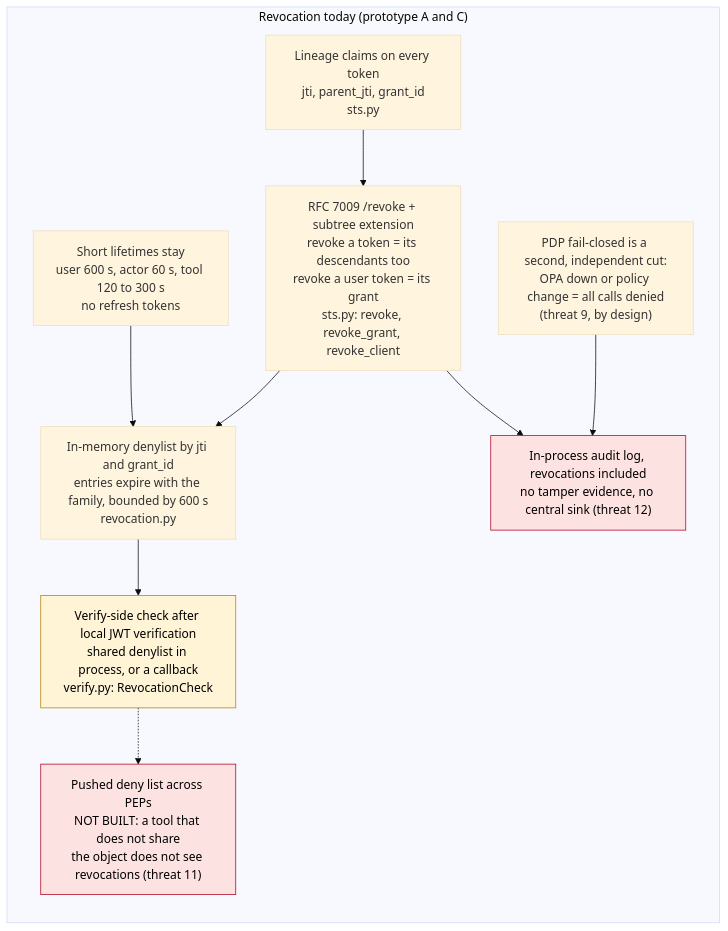
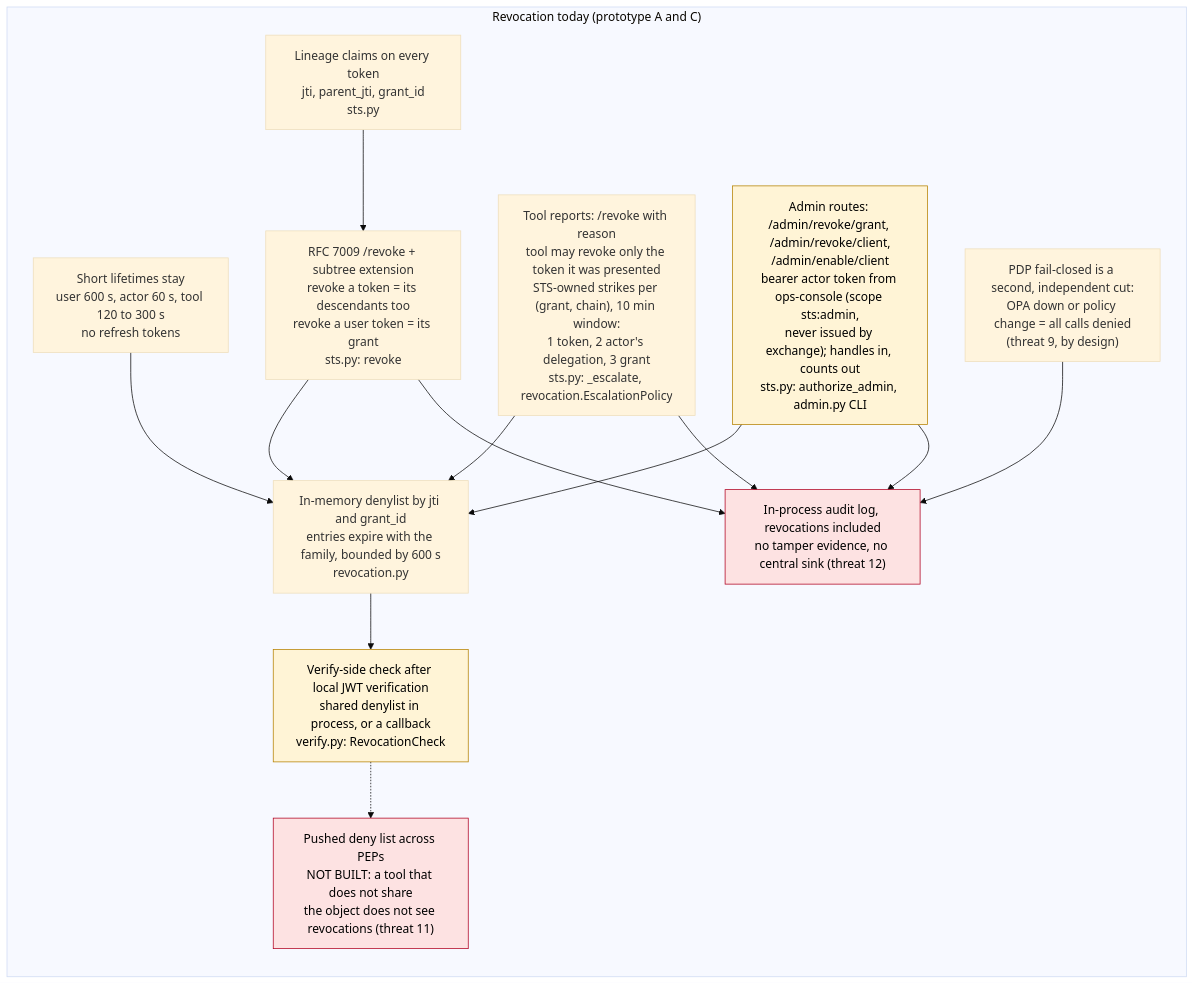
One commit to ianisms/ai-orchestrator changed the fourth of 5 diagrams in security/DIAGRAMS.md. Above: the diagram before and after it, drawn with Mermaid (base theme). The commit also changed other lines of this file and 8 other files, not shown here.

First line of the commit message:
feat(security): tool reports with STS-owned escalation, admin revocation routes

````diff
--- a/security/DIAGRAMS.md
+++ b/security/DIAGRAMS.md
@@ -180,22 +180,28 @@
 ```mermaid
 flowchart LR
     subgraph Today["Revocation today (prototype A and C)"]
         TTL["Short lifetimes stay<br/>user 600 s, actor 60 s, tool 120 to 300 s<br/>no refresh tokens"]
         LIN["Lineage claims on every token<br/>jti, parent_jti, grant_id<br/>sts.py"]
-        REV["RFC 7009 /revoke + subtree extension<br/>revoke a token = its descendants too<br/>revoke a user token = its grant<br/>sts.py: revoke, revoke_grant, revoke_client"]
+        REV["RFC 7009 /revoke + subtree extension<br/>revoke a token = its descendants too<br/>revoke a user token = its grant<br/>sts.py: revoke"]
+        RPT["Tool reports: /revoke with reason<br/>tool may revoke only the token it was presented<br/>STS-owned strikes per (grant, chain), 10 min window:<br/>1 token, 2 actor's delegation, 3 grant<br/>sts.py: _escalate, revocation.EscalationPolicy"]
+        ADM["Admin routes: /admin/revoke/grant, /admin/revoke/client,<br/>/admin/enable/client<br/>bearer actor token from ops-console (scope sts:admin,<br/>never issued by exchange); handles in, counts out<br/>sts.py: authorize_admin, admin.py CLI"]
         DENY["In-memory denylist by jti and grant_id<br/>entries expire with the family, bounded by 600 s<br/>revocation.py"]
         HOOK["Verify-side check after local JWT verification<br/>shared denylist in process, or a callback<br/>verify.py: RevocationCheck"]
         PUSH["Pushed deny list across PEPs<br/>NOT BUILT: a tool that does not share<br/>the object does not see revocations (threat 11)"]
         PDPX["PDP fail-closed is a second, independent cut:<br/>OPA down or policy change = all calls denied<br/>(threat 9, by design)"]
         LOG["In-process audit log, revocations included<br/>no tamper evidence, no central sink (threat 12)"]
     end
     LIN --> REV --> DENY --> HOOK
+    RPT --> DENY
+    ADM --> DENY
     HOOK -.-> PUSH
     TTL --> DENY
     PDPX --> LOG
     REV --> LOG
+    RPT --> LOG
+    ADM --> LOG
     classDef gap fill:#fde2e2,stroke:#b00020,color:#000;
     classDef partial fill:#fff4d6,stroke:#b58100,color:#000;
     class PUSH,LOG gap;
-    class HOOK partial;
+    class HOOK,ADM partial;
 ```
````
